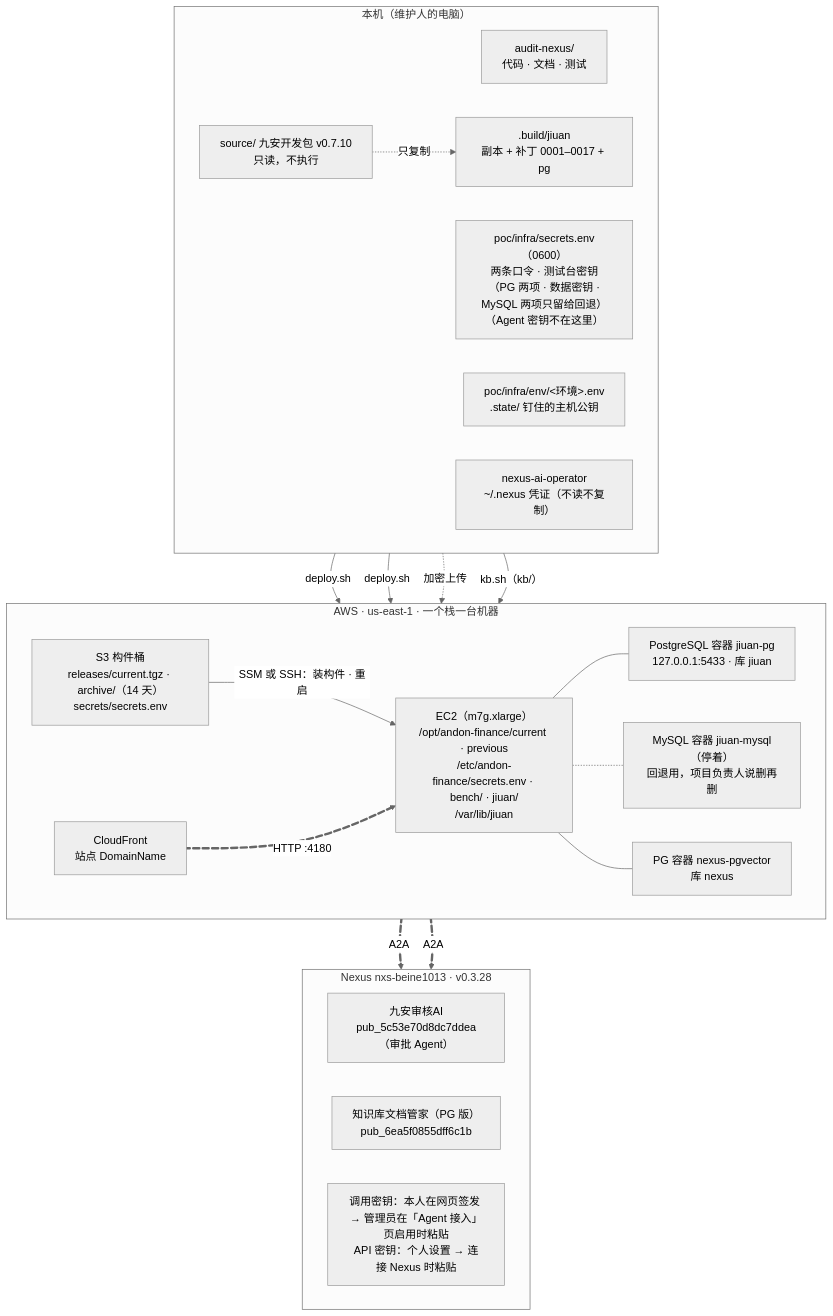
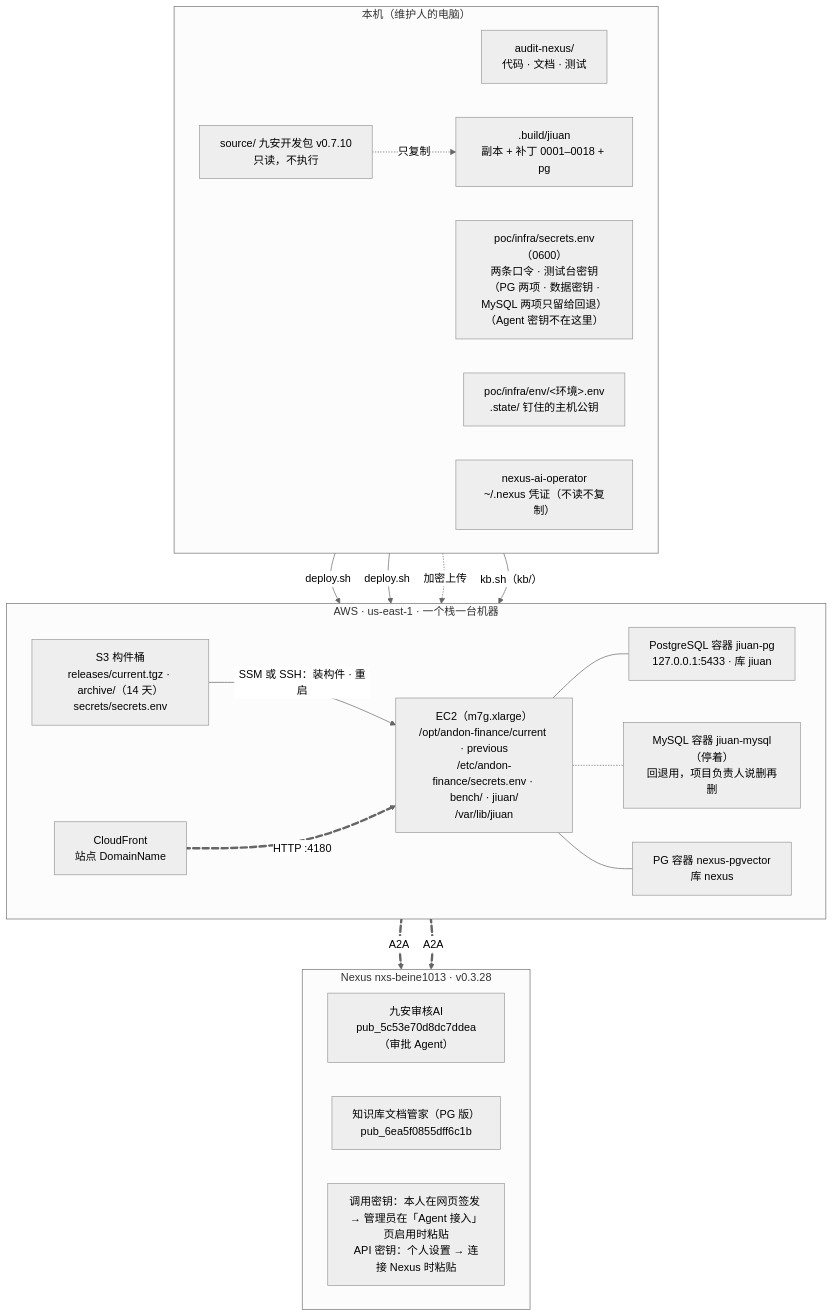
The diagram in docs/assets/diagrams/handover-assets.mmd (LiboMa/nexus-jiuan-agent-framework-poc), drawn with Mermaid (neutral theme) before and after one commit. The commit also changed 24 other files, not shown here.

```diff
--- a/docs/assets/diagrams/handover-assets.mmd
+++ b/docs/assets/diagrams/handover-assets.mmd
@@ -1,45 +1,45 @@
 flowchart TB
   subgraph laptop["本机（维护人的电脑）"]
     direction LR
     repo["audit-nexus/<br/>代码 · 文档 · 测试"]
     secrets["poc/infra/secrets.env（0600）<br/>两条口令 · 测试台密钥（PG 两项 · 数据密钥 ·<br/>MySQL 两项只留给回退）<br/>（Agent 密钥不在这里）"]
     envs["poc/infra/env/&lt;环境&gt;.env<br/>.state/ 钉住的主机公钥"]
     operator["nexus-ai-operator<br/>~/.nexus 凭证（不读不复制）"]
     source["source/ 九安开发包 v0.7.10<br/>只读，不执行"]
-    build[".build/jiuan<br/>副本 + 补丁 0001–0017 + pg"]
+    build[".build/jiuan<br/>副本 + 补丁 0001–0018 + pg"]
   end
   subgraph aws["AWS · us-east-1 · 一个栈一台机器"]
     direction LR
     s3["S3 构件桶<br/>releases/current.tgz · archive/（14 天）<br/>secrets/secrets.env"]
     ec2["EC2（m7g.xlarge）<br/>/opt/andon-finance/current · previous<br/>/etc/andon-finance/secrets.env · bench/ · jiuan/<br/>/var/lib/jiuan"]
     db["PostgreSQL 容器 jiuan-pg<br/>127.0.0.1:5433 · 库 jiuan"]
     olddb["MySQL 容器 jiuan-mysql（停着）<br/>回退用，项目负责人说删再删"]
     pg["PG 容器 nexus-pgvector<br/>库 nexus"]
     cf["CloudFront<br/>站点 DomainName"]
   end
   subgraph nx["Nexus nxs-beine1013 · v0.3.28"]
     direction LR
     adv["九安审核AI<br/>pub_5c53e70d8dc7ddea（审批 Agent）"]
     kb["知识库文档管家（PG 版）<br/>pub_6ea5f0855dff6c1b"]
     keys["调用密钥：本人在网页签发 → 管理员在「Agent 接入」页启用时粘贴<br/>API 密钥：个人设置 → 连接 Nexus 时粘贴"]
   end
   source -. 只复制 .-> build
   build -- deploy.sh --> s3
   repo -- deploy.sh --> s3
   secrets -. 加密上传 .-> s3
   s3 -- "SSM 或 SSH：装构件 · 重启" --> ec2
   repo -- "kb.sh（kb/）" --> pg
   ec2 --- db
   ec2 -.- olddb
   ec2 --- pg
   cf e1@== "HTTP :4180" ==> ec2
   ec2 e2@== A2A ==> adv
   ec2 e3@== A2A ==> kb
   e1@{ animate: true }
   e2@{ animate: true }
   e3@{ animate: true }
   class repo,operator,envs,s3,ec2,cf,build,pg poc
   class secrets risk
   class source,db jiuan
   class olddb pocOnly
   class adv,kb,keys nexus
```
